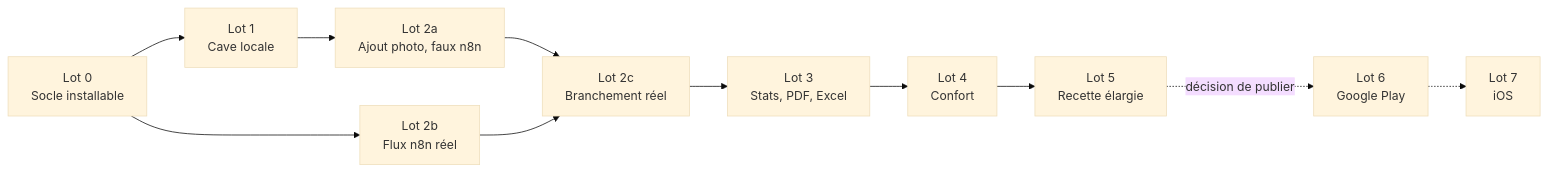
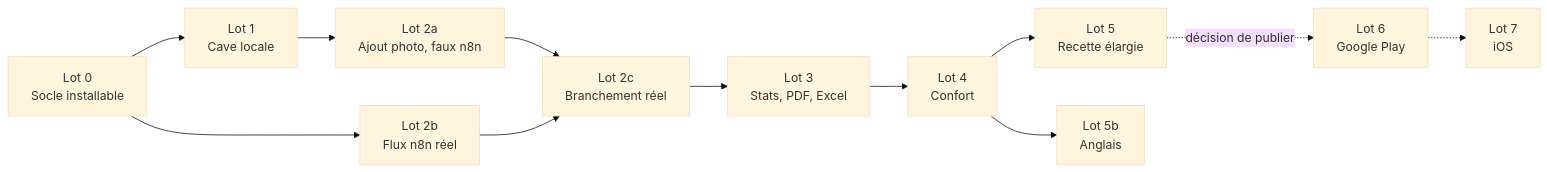
Before and after one commit to apexusbertrand/Iacaveavin: the diagram in docs/08-lots-recette.md, drawn with Mermaid (base theme). The commit also changed other lines of this file and 3 other files, not shown here.

First line of the commit message:
LNG-01 : lot 5b Anglais, périmètre et décisions (T143) [skip ci]

````diff
--- a/docs/08-lots-recette.md
+++ b/docs/08-lots-recette.md
@@ -5,13 +5,14 @@
 ```mermaid
 flowchart LR
   L0["Lot 0<br/>Socle installable"] --> L1["Lot 1<br/>Cave locale"]
   L1 --> L2a["Lot 2a<br/>Ajout photo, faux n8n"]
   L0 --> L2b["Lot 2b<br/>Flux n8n réel"]
   L2a --> L2c["Lot 2c<br/>Branchement réel"]
   L2b --> L2c
   L2c --> L3["Lot 3<br/>Stats, PDF, Excel"]
   L3 --> L4["Lot 4<br/>Confort"]
   L4 --> L5["Lot 5<br/>Recette élargie"]
+  L4 --> L5b["Lot 5b<br/>Anglais"]
   L5 -. "décision de publier" .-> L6["Lot 6<br/>Google Play"]
   L6 -.-> L7["Lot 7<br/>iOS"]
 ```
````
